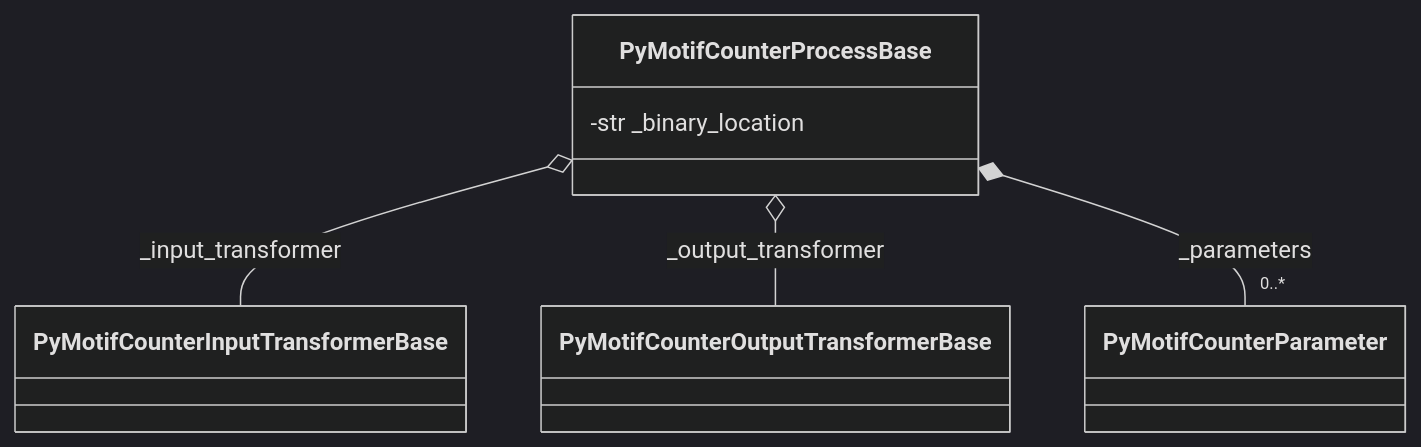
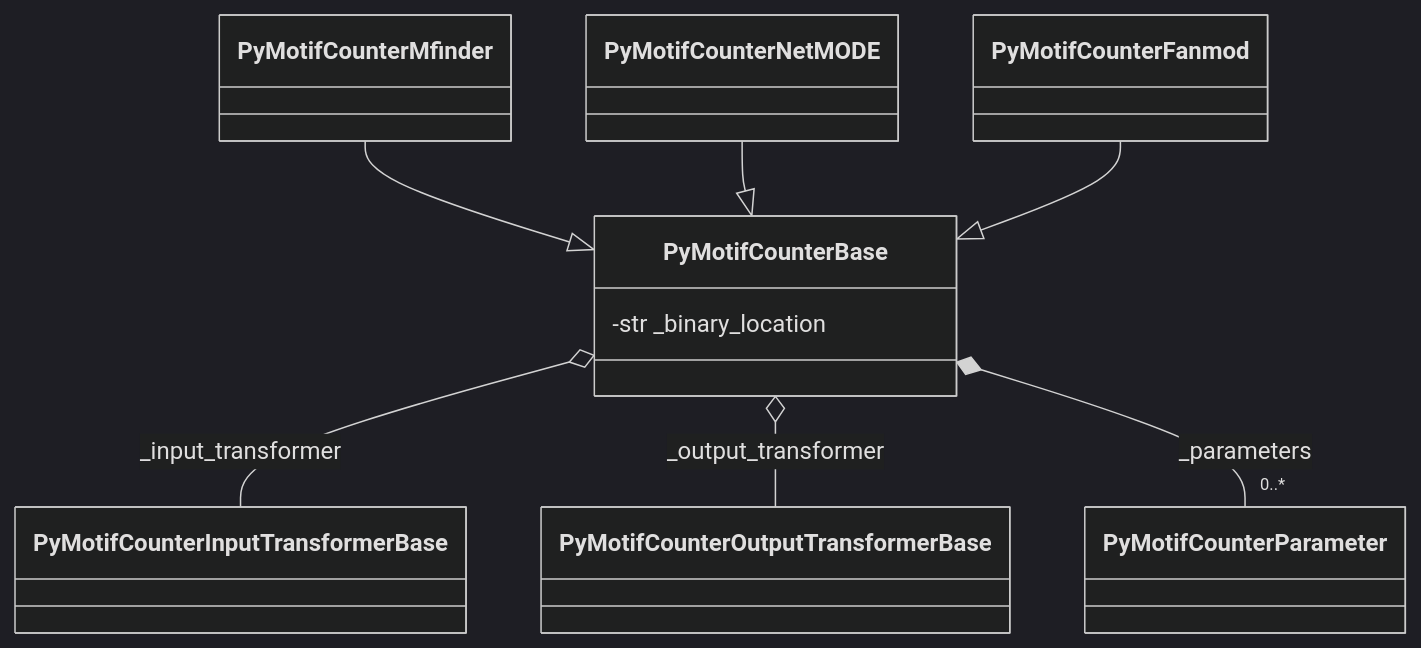
The second of 2 diagrams in doc/source/design_notes.rst (aanastasiou/pymotifcounter), drawn with Mermaid (dark theme) before and after one commit. The commit also changed other lines of this file and 10 other files, not shown here.

```diff
--- a/doc/source/design_notes.rst
+++ b/doc/source/design_notes.rst
@@ -63,17 +23,27 @@
 .. mermaid::
     :caption: A high level view of the project's design.
 
     classDiagram
         class PyMotifCounterParameter
         
         class PyMotifCounterOutputTransformerBase
         
         class PyMotifCounterInputTransformerBase
         
         
-        class PyMotifCounterProcessBase
-        PyMotifCounterProcessBase : -str _binary_location
+        class PyMotifCounterBase
+        PyMotifCounterBase : -str _binary_location
         
-        PyMotifCounterProcessBase o-- PyMotifCounterInputTransformerBase:_input_transformer
-        PyMotifCounterProcessBase o-- PyMotifCounterOutputTransformerBase:_output_transformer
-        PyMotifCounterProcessBase *-- "0..*" PyMotifCounterParameter:_parameters
+        PyMotifCounterBase o-- PyMotifCounterInputTransformerBase:_input_transformer
+        PyMotifCounterBase o-- PyMotifCounterOutputTransformerBase:_output_transformer
+        PyMotifCounterBase *-- "0..*" PyMotifCounterParameter:_parameters
+
+        class PyMotifCounterMfinder
+
+        class PyMotifCounterNetMODE
+
+        class PyMotifCounterFanmod
+
+        PyMotifCounterMfinder --|> PyMotifCounterBase
+        PyMotifCounterNetMODE --|> PyMotifCounterBase
+        PyMotifCounterFanmod --|> PyMotifCounterBase
```
